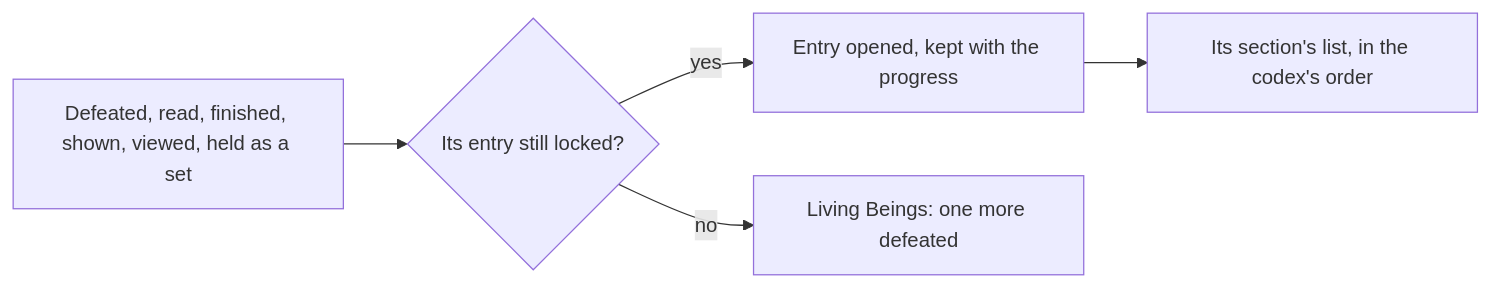
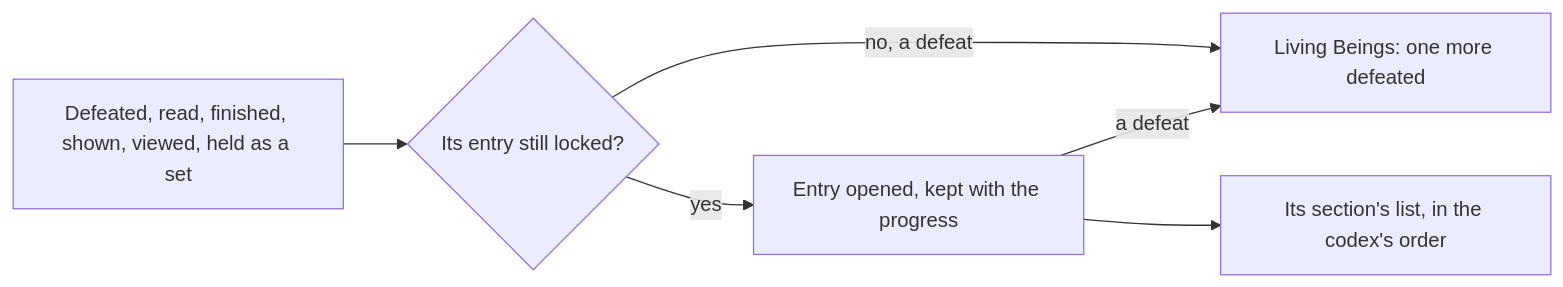
The diagram in apps/web/content/docs/proposals/genshin/archive.md (Esposter/Esposter), drawn with Mermaid before and after one commit. The commit also changed 4 other files, not shown here.

First line of the commit message:
fix(genshin:assets): the residents join appends to its region rather than copying it, and the fit file is read once; the archive flow counts a first defeat and the resident schedules name every region's file

````diff
--- a/apps/web/content/docs/proposals/genshin/archive.md
+++ b/apps/web/content/docs/proposals/genshin/archive.md
@@ -19,7 +19,8 @@
 ```mermaid
 flowchart LR
   DOING["Defeated, read, finished, shown, viewed, held as a set"] --> FIRST{"Its entry still locked?"}
   FIRST -->|"yes"| OPEN["Entry opened, kept with the progress"]
-  FIRST -->|"no"| COUNT["Living Beings: one more defeated"]
+  FIRST -->|"no, a defeat"| COUNT["Living Beings: one more defeated"]
+  OPEN -->|"a defeat"| COUNT
   OPEN --> SECTION["Its section's list, in the codex's order"]
 ```
````
